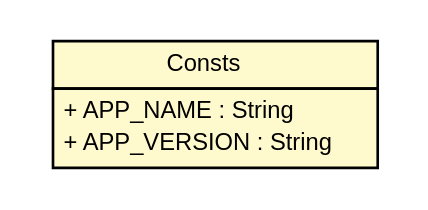
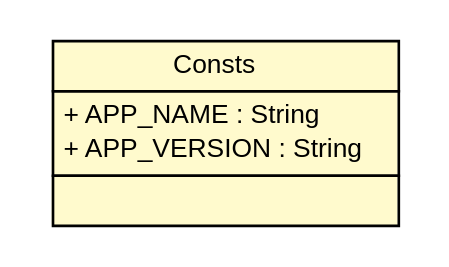
Before and after one commit to ericpinet/ConnectLife: the diagram in javadoc/coreserver/com/connectlife/coreserver/Consts.dot, drawn with Graphviz. The commit also changed 432 other files, not shown here.

```diff
--- a/javadoc/coreserver/com/connectlife/coreserver/Consts.dot
+++ b/javadoc/coreserver/com/connectlife/coreserver/Consts.dot
@@ -1,22 +1,25 @@
 #!/usr/local/bin/dot
 #
 # Class diagram 
 # Generated by UMLGraph version 5.1 (http://www.umlgraph.org/)
 #
 
 digraph G {
 	edge [fontname="Helvetica",fontsize=10,labelfontname="Helvetica",labelfontsize=10];
 	node [fontname="Helvetica",fontsize=10,shape=plaintext];
 	nodesep=0.25;
 	ranksep=0.5;
 	// com.connectlife.coreserver.Consts
-	c944 [label=<<table title="com.connectlife.coreserver.Consts" border="0" cellborder="1" cellspacing="0" cellpadding="2" port="p" bgcolor="lemonChiffon" href="./Consts.html">
+	c883 [label=<<table title="com.connectlife.coreserver.Consts" border="0" cellborder="1" cellspacing="0" cellpadding="2" port="p" bgcolor="lemonChiffon" href="./Consts.html">
 		<tr><td><table border="0" cellspacing="0" cellpadding="1">
 <tr><td align="center" balign="center"> Consts </td></tr>
 		</table></td></tr>
 		<tr><td><table border="0" cellspacing="0" cellpadding="1">
 <tr><td align="left" balign="left"> + APP_NAME : String </td></tr>
 <tr><td align="left" balign="left"> + APP_VERSION : String </td></tr>
 		</table></td></tr>
-		</table>>, fontname="Helvetica", fontcolor="black", fontsize=9.0];
+		<tr><td><table border="0" cellspacing="0" cellpadding="1">
+<tr><td align="left" balign="left">  </td></tr>
+		</table></td></tr>
+		</table>>, fontname="Helvetica", fontcolor="black", fontsize=10.0];
 }
```
